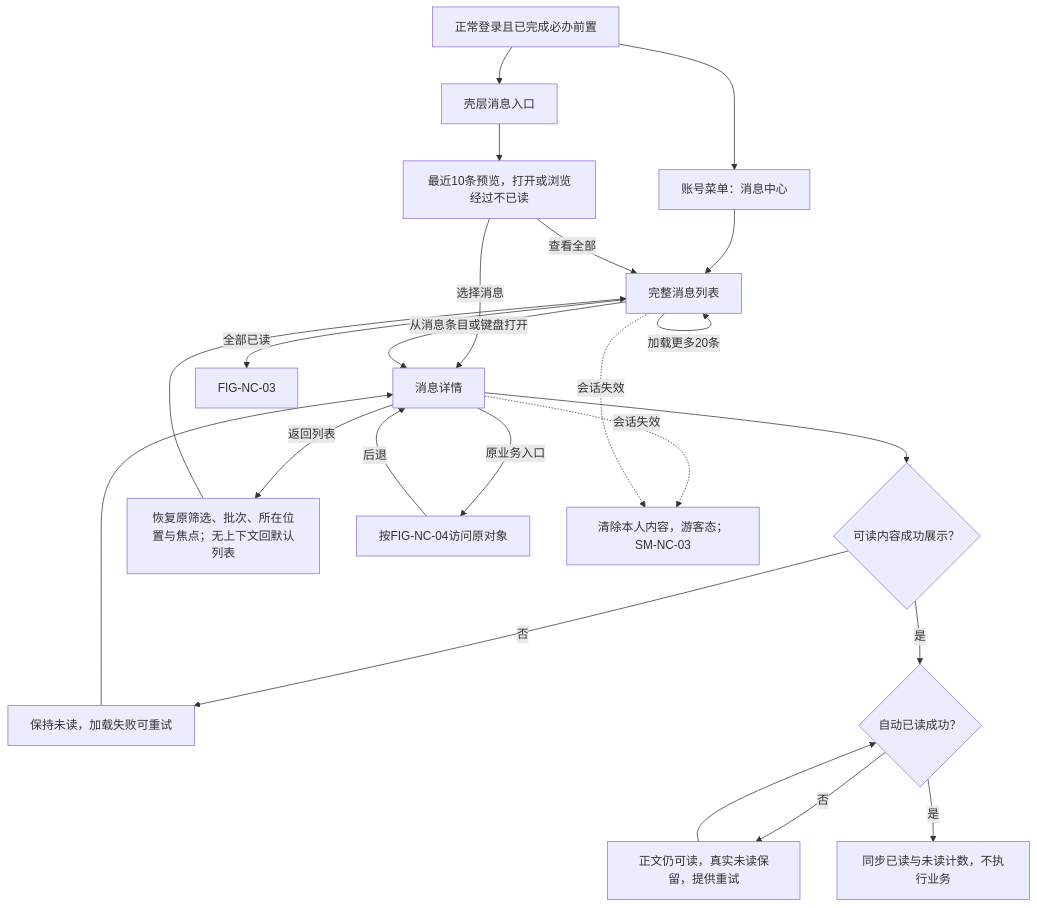
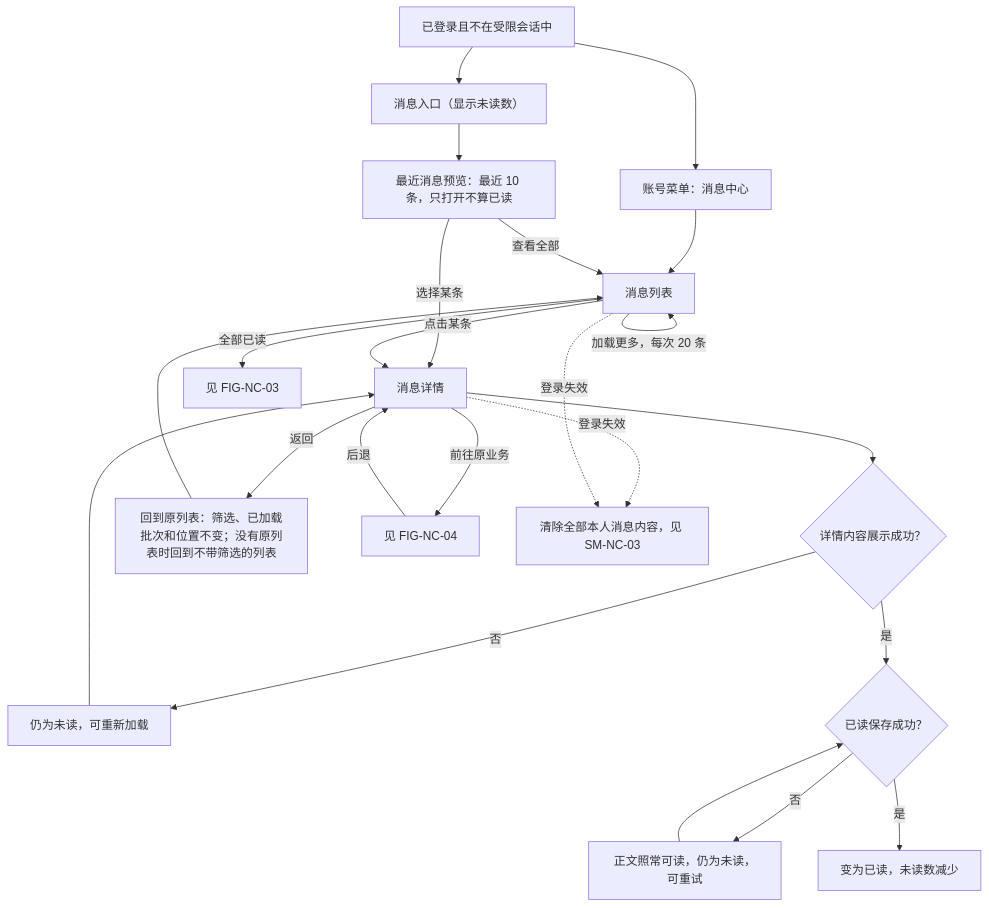
The second of 8 diagrams in lending-platform/PRD/面客端/10-面客消息中心/02-面客消息中心-流程图与状态机.md (wxblockchain/Chain-Financing), drawn with Mermaid before and after one commit. The commit also changed other lines of this file and 6 other files, not shown here.

````diff
--- a/lending-platform/PRD/面客端/10-面客消息中心/02-面客消息中心-流程图与状态机.md
+++ b/lending-platform/PRD/面客端/10-面客消息中心/02-面客消息中心-流程图与状态机.md
@@ -46,26 +41,26 @@
 ```mermaid
 flowchart TD
-    A["正常登录且已完成必办前置"] --> B["壳层消息入口"]
-    B --> C["最近10条预览，打开或浏览经过不已读"]
+    A["已登录且不在受限会话中"] --> B["消息入口（显示未读数）"]
+    B --> C["最近消息预览：最近 10 条，只打开不算已读"]
     A --> D["账号菜单：消息中心"]
-    D --> E["完整消息列表"]
+    D --> E["消息列表"]
     C -->|查看全部| E
-    C -->|选择消息| F["消息详情"]
-    E -->|从消息条目或键盘打开| F
-    E -->|分类与阅读筛选| E
-    E -->|加载更多20条| E
-    E -->|全部已读| ALL["FIG-NC-03"]
-    F --> G{"可读内容成功展示？"}
-    G -->|否| H["保持未读，加载失败可重试"]
+    C -->|选择某条| F["消息详情"]
+    E -->|点击某条| F
+    E -->|按分类、阅读状态筛选| E
+    E -->|加载更多，每次 20 条| E
+    E -->|全部已读| ALL["见 FIG-NC-03"]
+    F --> G{"详情内容展示成功？"}
+    G -->|否| H["仍为未读，可重新加载"]
     H --> F
-    G -->|是| I{"自动已读成功？"}
-    I -->|否| J["正文仍可读，真实未读保留，提供重试"]
+    G -->|是| I{"已读保存成功？"}
+    I -->|否| J["正文照常可读，仍为未读，可重试"]
     J --> I
-    I -->|是| K["同步已读与未读计数，不执行业务"]
-    F -->|返回列表| R["恢复原筛选、批次、所在位置与焦点；无上下文回默认列表"]
+    I -->|是| K["变为已读，未读数减少"]
+    F -->|返回| R["回到原列表：筛选、已加载批次和位置不变；没有原列表时回到不带筛选的列表"]
     R --> E
-    F -->|原业务入口| T["按FIG-NC-04访问原对象"]
+    F -->|前往原业务| T["见 FIG-NC-04"]
     T -->|后退| F
-    F -.->|会话失效| S["清除本人内容，游客态；SM-NC-03"]
-    E -.->|会话失效| S
+    F -.->|登录失效| S["清除全部本人消息内容，见 SM-NC-03"]
+    E -.->|登录失效| S
 ```
````
